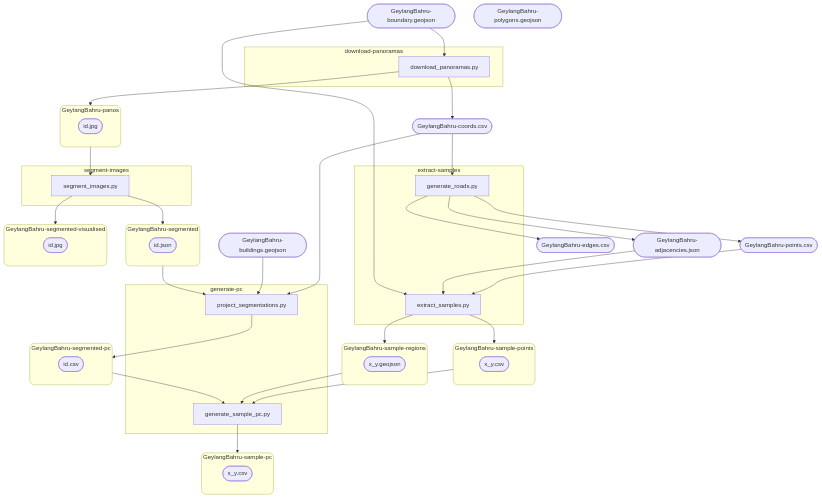
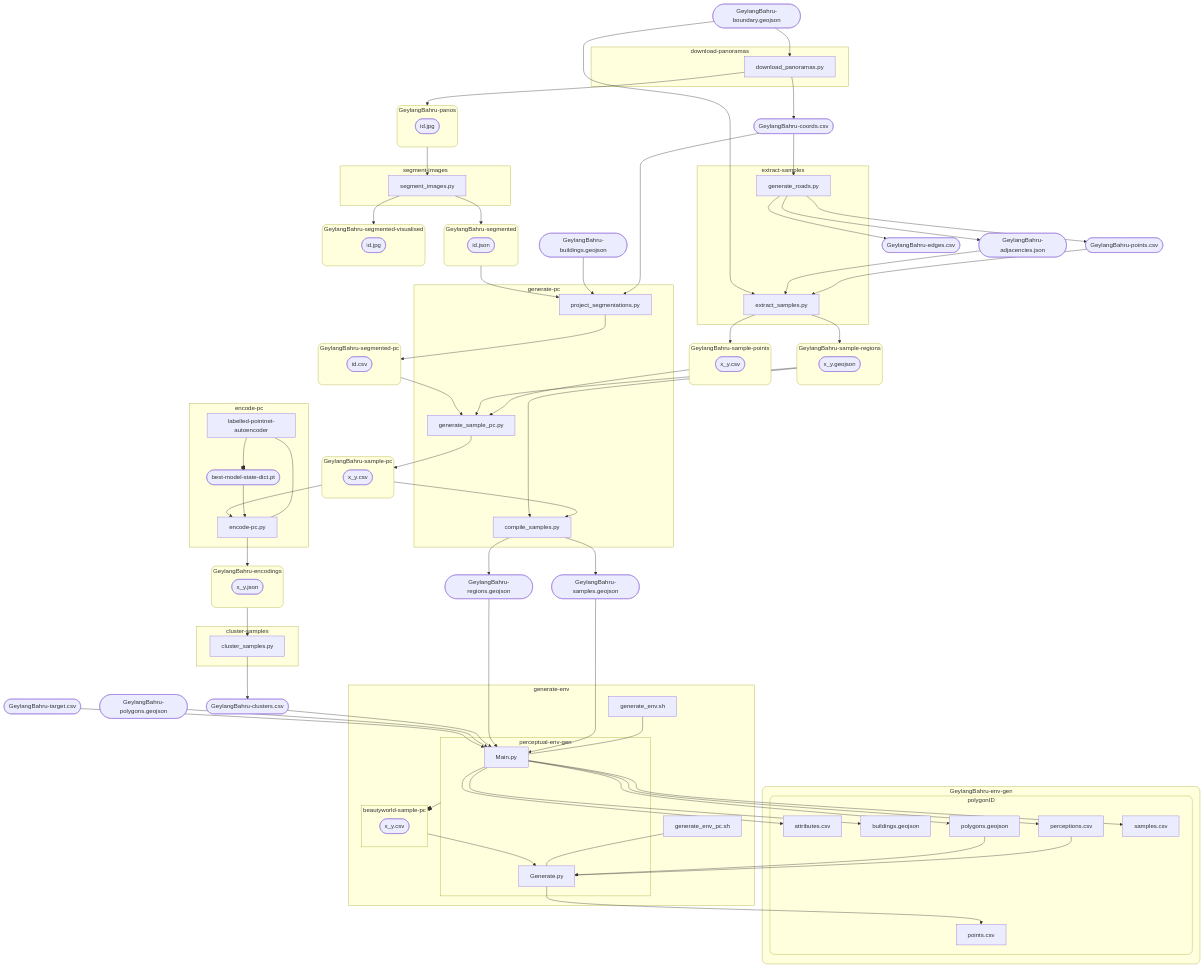
The diagram in README.md (ccheemeng/perceptual-urban-walk), drawn with Mermaid before and after one commit. The commit also changed 8 other files, not shown here.

````diff
--- a/README.md
+++ b/README.md
@@ -5,10 +5,14 @@
     Boundary(["GeylangBahru-boundary.geojson"])
     Polygons(["GeylangBahru-polygons.geojson"])
     Buildings(["GeylangBahru-buildings.geojson"])
+    Target(["GeylangBahru-target.csv"])
     Coords(["GeylangBahru-coords.csv"])
     Points(["GeylangBahru-points.csv"])
     Edges(["GeylangBahru-edges.csv"])
     Adjacencies(["GeylangBahru-adjacencies.json"])
+    Samples(["GeylangBahru-samples.geojson"])
+    Regions(["GeylangBahru-regions.geojson"])
+    Clusters(["GeylangBahru-clusters.csv"])
 
     subgraph DP["download-panoramas"]
         DPPy["download_panoramas.py"]
@@ -27,8 +31,37 @@
     subgraph GP["generate-pc"]
         PSPy["project_segmentations.py"]
         GSPPy["generate_sample_pc.py"]
+        CoSPy["compile_samples.py"]
         click PSPy href "https://github.com/ccheemeng/perceptual-urban-walk/tree/main/generate-pc"
         click GSPPy href "https://github.com/ccheemeng/perceptual-urban-walk/tree/main/generate-pc"
+        click CoSPy href "https://github.com/ccheemeng/perceptual-urban-walk/tree/main/generate-pc"
+    end
+    subgraph EP["encode-pc"]
+        subgraph LPNAE["labelled-pointnet-autoencoder"]
+        end
+        EPPy["encode-pc.py"]
+        BMSD(["best-model-state-dict.pt"])
+        click LPNAE href "https://github.com/ccheemeng/labelled-pointnet-autoencoder/tree/main"
+        click EPPy href "https://github.com/ccheemeng/perceptual-urban-walk/tree/main/encode-pc"
+        click BMSD href "https://github.com/ccheemeng/labelled-pointnet-autoencoder/releases/tag/v0.1.1"
+    end
+    subgraph CS["cluster-samples"]
+        ClSPy["cluster_samples.py"]
+        click ClSPy href "https://github.com/ccheemeng/perceptual-urban-walk/tree/main/cluster-samples"
+    end
+    subgraph GE["generate-env"]
+        subgraph PEG["perceptual-env-gen"]
+            PEGMain["Main.py"]
+            PEGGenerate["Generate.py"]
+        end
+        subgraph QuerySamplePcs["beautyworld-sample-pc"]
+            QuerySamplePc(["x_y.csv"])
+        end
+        GESh["generate_env.sh"]
+        GEPSh["generate_env_pc.sh"]
+        click PEG href "https://github.com/ccheemeng/perceptual-env-gen/tree/main"
+        click GESh href "https://github.com/ccheemeng/perceptual-urban-walk/tree/main/generate-env"
+        click GEPSh href "https://github.com/ccheemeng/perceptual-urban-walk/tree/main/generate-env"
     end
 
     subgraph Panos["GeylangBahru-panos"]
@@ -51,6 +84,19 @@
     end
     subgraph SamplePcs["GeylangBahru-sample-pc"]
         SamplePc(["x_y.csv"])
+    end
+    subgraph Encodings["GeylangBahru-encodings"]
+        Encoding(["x_y.json"])
+    end
+    subgraph EnvGen["GeylangBahru-env-gen"]
+        subgraph PolygonGen["polygonID"]
+            AttributesGen["attributes.csv"]
+            BuildingsGen["buildings.geojson"]
+            PerceptionsGen["perceptions.csv"]
+            PointsGen["points.csv"]
+            PolygonsGen["polygons.geojson"]
+            SamplesGen["samples.csv"]
+        end
     end
 
     Boundary --> DPPy
@@ -76,6 +122,34 @@
     SampleRegions --> GSPPy
     SegmentedPcs --> GSPPy
     GSPPy --> SamplePcs
+    SamplePcs --> CoSPy
+    SampleRegions --> CoSPy
+    CoSPy --> Samples
+    CoSPy --> Regions
+    LPNAE --o BMSD
+    LPNAE --- EPPy
+    SamplePcs --> EPPy
+    BMSD --> EPPy
+    EPPy --> Encodings
+    Encodings --> ClSPy
+    ClSPy --> Clusters
+    GESh --- PEGMain
+    GEPSh --- PEGGenerate
+    Samples --> PEGMain
+    Regions --> PEGMain
+    Clusters --> PEGMain
+    Polygons --> PEGMain
+    Target --> PEGMain
+    PEGMain --> AttributesGen
+    PEGMain --> BuildingsGen
+    PEGMain --> PerceptionsGen
+    PEGMain --> PolygonsGen
+    PEGMain --> SamplesGen
+    PEG --o QuerySamplePcs
+    PerceptionsGen --> PEGGenerate
+    PolygonsGen --> PEGGenerate
+    QuerySamplePcs --> PEGGenerate
+    PEGGenerate --> PointsGen
 
     style Panos rx:0.75vw,ry:0.75vw
     style Segmentations rx:0.75vw,ry:0.75vw
@@ -84,4 +158,7 @@
     style SampleRegions rx:0.75vw,ry:0.75vw
     style SegmentedPcs rx:0.75vw,ry:0.75vw
     style SamplePcs rx:0.75vw,ry:0.75vw
+    style Encodings rx:0.75vw,ry:0.75vw
+    style EnvGen rx:0.75vw,ry:0.75vw
+    style PolygonGen rx:0.75vw,ry:0.75vw
 ```
````
